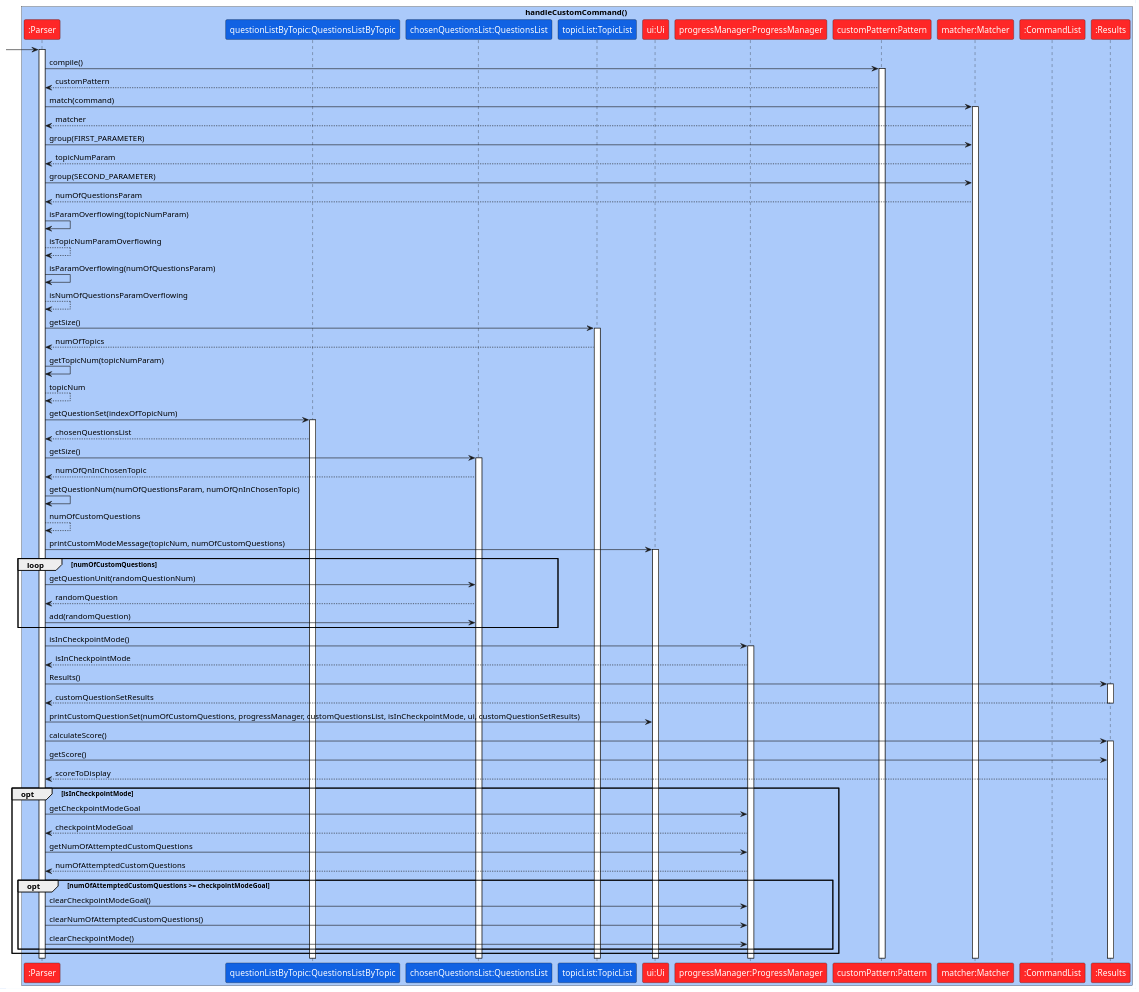
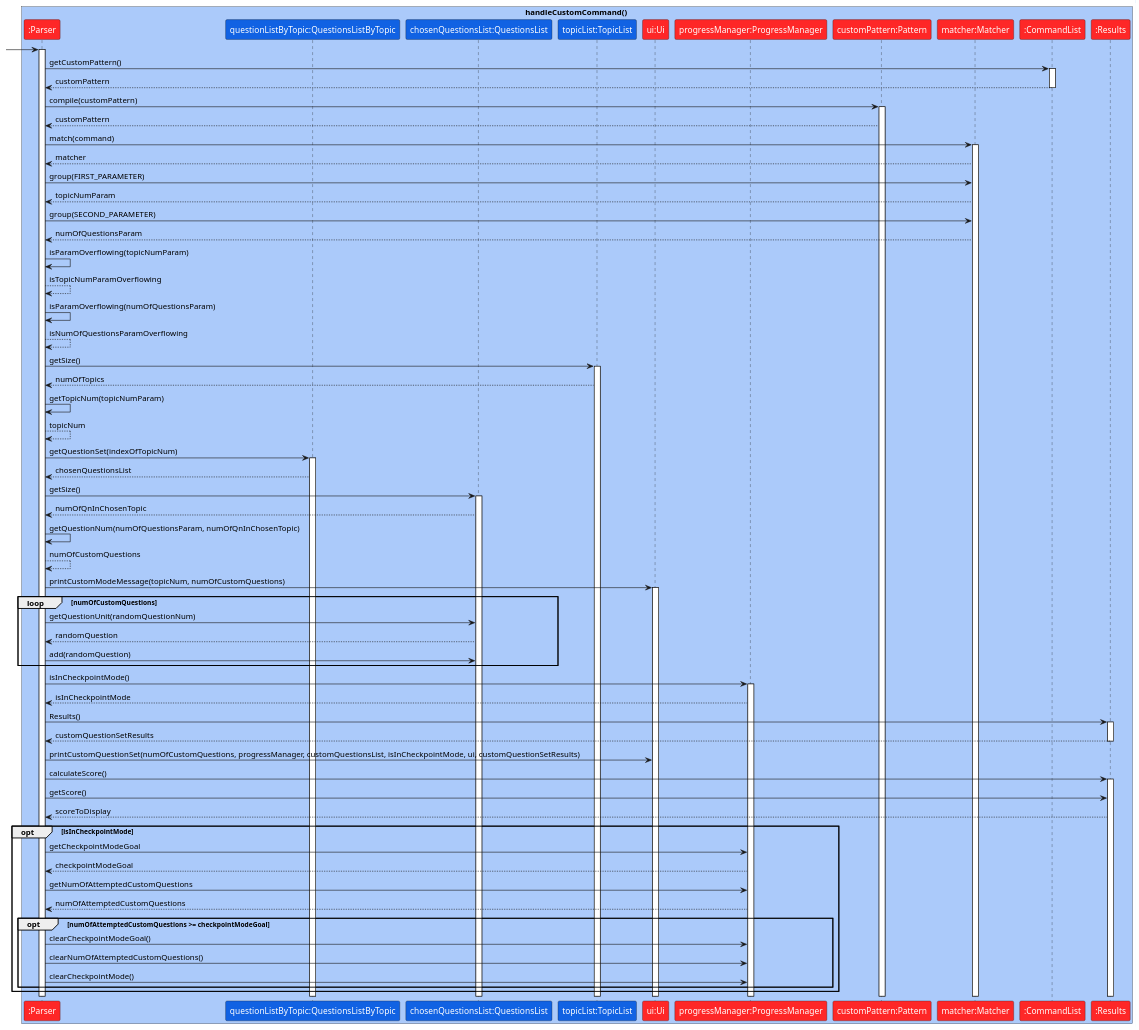
One commit to yuhengr/tp changed the diagram in docs/diagrams/Custom.puml. Above: the diagram before and after it, drawn with PlantUML. The commit also changed 2 other files, not shown here.

Commit message:
Fix errors in puml for custom, checkpoint and clear

```diff
--- a/docs/diagrams/Custom.puml
+++ b/docs/diagrams/Custom.puml
@@ -1,98 +1,103 @@
 @startuml
 skinparam ParticipantFontColor #FFFFFF
 
 box handleCustomCommand() #ABCAFA
 participant ":Parser" as Parser #FE2727
 participant "questionListByTopic:QuestionsListByTopic" as QuestionsListByTopic #1162E3
 participant "chosenQuestionsList:QuestionsList" as QuestionsList #1162E3
 participant "topicList:TopicList" as TopicList #1162E3
 participant "ui:Ui" as Ui #FE2727
 participant "progressManager:ProgressManager" as ProgressManager #FE2727
 participant "customPattern:Pattern" as Pattern #FE2727
 participant "matcher:Matcher" as Matcher #FE2727
 participant ":CommandList" as CommandList #FE2727
 participant ":Results" as Results #FE2727
 end box
 
 -> Parser:
 activate Parser
 
-Parser -> Pattern : compile()
+Parser -> CommandList : getCustomPattern()
+activate CommandList
+CommandList --> Parser : customPattern
+deactivate CommandList
+
+Parser -> Pattern : compile(customPattern)
 activate Pattern
 Pattern --> Parser : customPattern
 
 Parser -> Matcher : match(command)
 activate Matcher
 Matcher --> Parser : matcher
 
 Parser -> Matcher : group(FIRST_PARAMETER)
 Matcher --> Parser : topicNumParam
 
 Parser -> Matcher : group(SECOND_PARAMETER)
 Matcher --> Parser : numOfQuestionsParam
 
 Parser -> Parser : isParamOverflowing(topicNumParam)
 Parser --> Parser : isTopicNumParamOverflowing
 
 Parser -> Parser : isParamOverflowing(numOfQuestionsParam)
 Parser --> Parser : isNumOfQuestionsParamOverflowing
 
 Parser -> TopicList : getSize()
 activate TopicList
 TopicList --> Parser : numOfTopics
 
 Parser -> Parser : getTopicNum(topicNumParam)
 Parser --> Parser : topicNum
 
 Parser -> QuestionsListByTopic : getQuestionSet(indexOfTopicNum)
 activate QuestionsListByTopic
 QuestionsListByTopic --> Parser : chosenQuestionsList
 
 Parser -> QuestionsList : getSize()
 activate QuestionsList
 QuestionsList --> Parser : numOfQnInChosenTopic
 
 Parser -> Parser : getQuestionNum(numOfQuestionsParam, numOfQnInChosenTopic)
 Parser --> Parser : numOfCustomQuestions
 
 Parser -> Ui : printCustomModeMessage(topicNum, numOfCustomQuestions)
 activate Ui
 
 loop numOfCustomQuestions
     Parser -> QuestionsList : getQuestionUnit(randomQuestionNum)
     QuestionsList --> Parser : randomQuestion
     Parser -> QuestionsList : add(randomQuestion)
 end
 
 Parser -> ProgressManager : isInCheckpointMode()
 activate ProgressManager
 ProgressManager --> Parser : isInCheckpointMode
 
 Parser -> Results : Results()
 activate Results
 Results --> Parser : customQuestionSetResults
 deactivate Results
 
 Parser -> Ui : printCustomQuestionSet(numOfCustomQuestions, progressManager, customQuestionsList, isInCheckpointMode, ui, customQuestionSetResults)
 
 Parser -> Results : calculateScore()
 activate Results
 
 Parser -> Results : getScore()
 Results --> Parser : scoreToDisplay
 
 opt isInCheckpointMode
     Parser -> ProgressManager : getCheckpointModeGoal
     ProgressManager --> Parser : checkpointModeGoal
     Parser -> ProgressManager : getNumOfAttemptedCustomQuestions
     ProgressManager --> Parser : numOfAttemptedCustomQuestions
 
     opt numOfAttemptedCustomQuestions >= checkpointModeGoal
         Parser -> ProgressManager : clearCheckpointModeGoal()
         Parser -> ProgressManager : clearNumOfAttemptedCustomQuestions()
         Parser -> ProgressManager : clearCheckpointMode()
     end
 end
 
 
 @enduml
```
